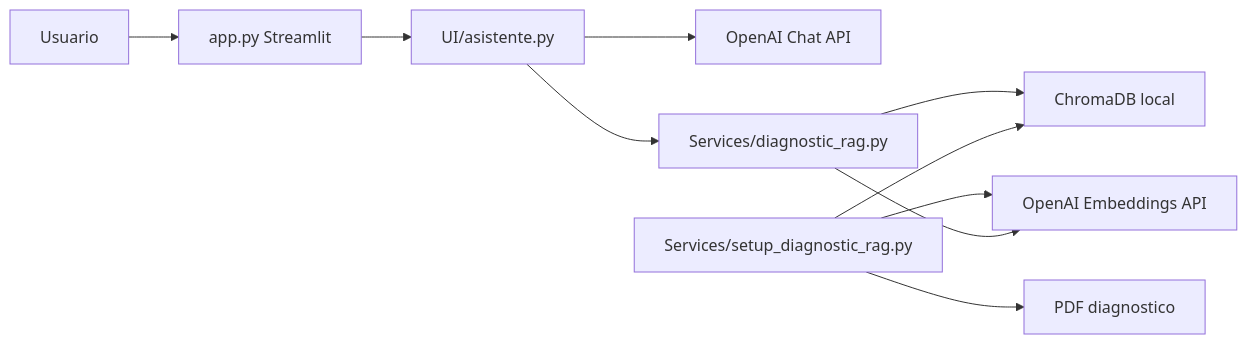
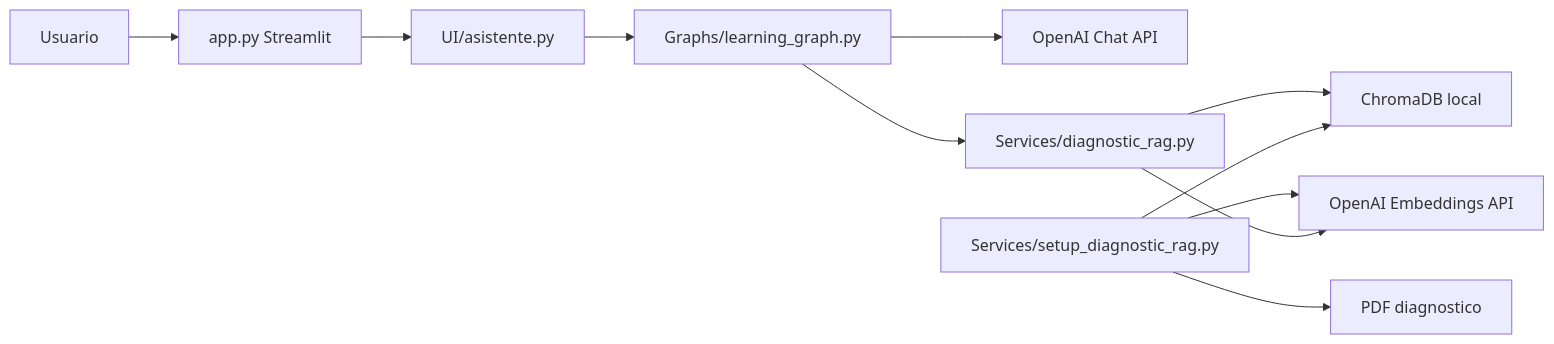
One commit to jose6668/IA-Lanchaing changed the first of 2 diagrams in Documentacion/ARQUITECTURA_PROYECTO.md. Above: the diagram before and after it, drawn with Mermaid. The commit also changed other lines of this file and 21 other files, not shown here.

````diff
--- a/Documentacion/ARQUITECTURA_PROYECTO.md
+++ b/Documentacion/ARQUITECTURA_PROYECTO.md
@@ -70,12 +66,13 @@
 ```mermaid
 flowchart LR
     U[Usuario] --> APP[app.py Streamlit]
-    APP --> A[UI/asistente.py]
-    A --> LLM[OpenAI Chat API]
-    A --> RAG[Services/diagnostic_rag.py]
+    APP --> UI[UI/asistente.py]
+    UI --> GRAPH[Graphs/learning_graph.py]
+    GRAPH --> OAI[OpenAI Chat API]
+    GRAPH --> RAG[Services/diagnostic_rag.py]
     RAG --> CH[ChromaDB local]
     SETUP[Services/setup_diagnostic_rag.py] --> PDF[PDF diagnostico]
     SETUP --> EMB[OpenAI Embeddings API]
     SETUP --> CH
     RAG --> EMB
 ```
````
